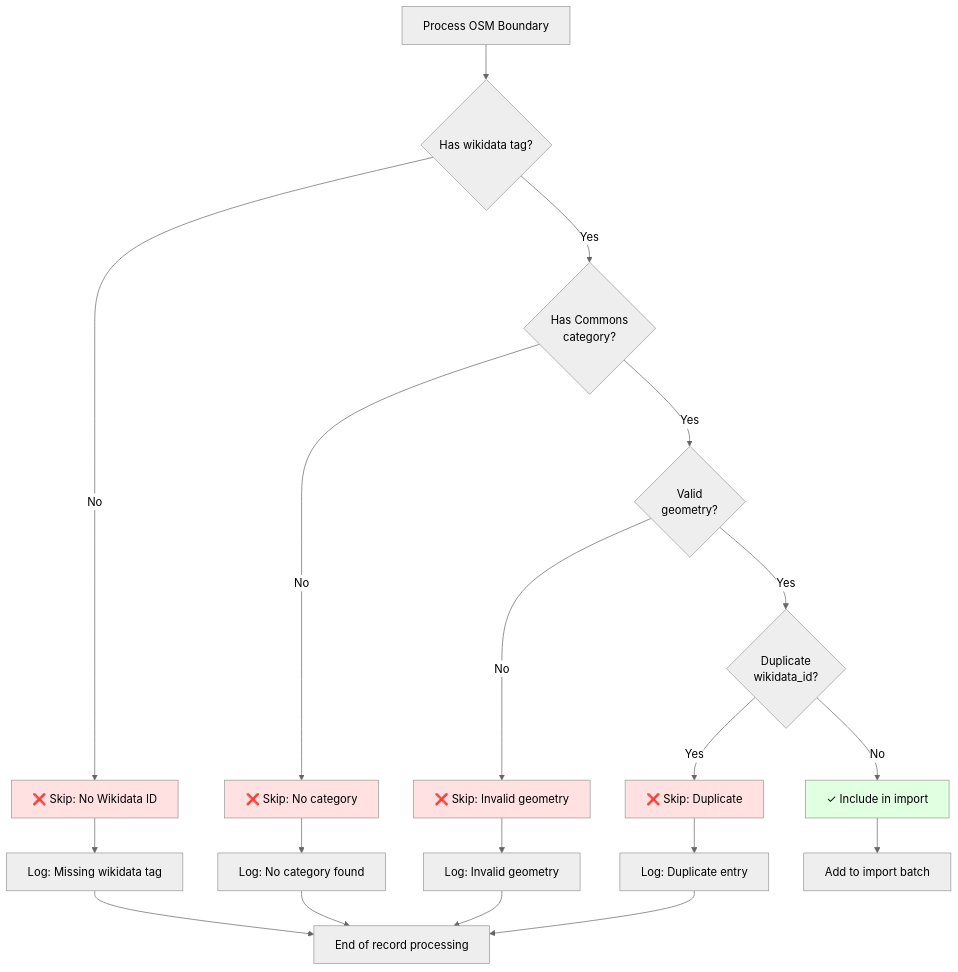
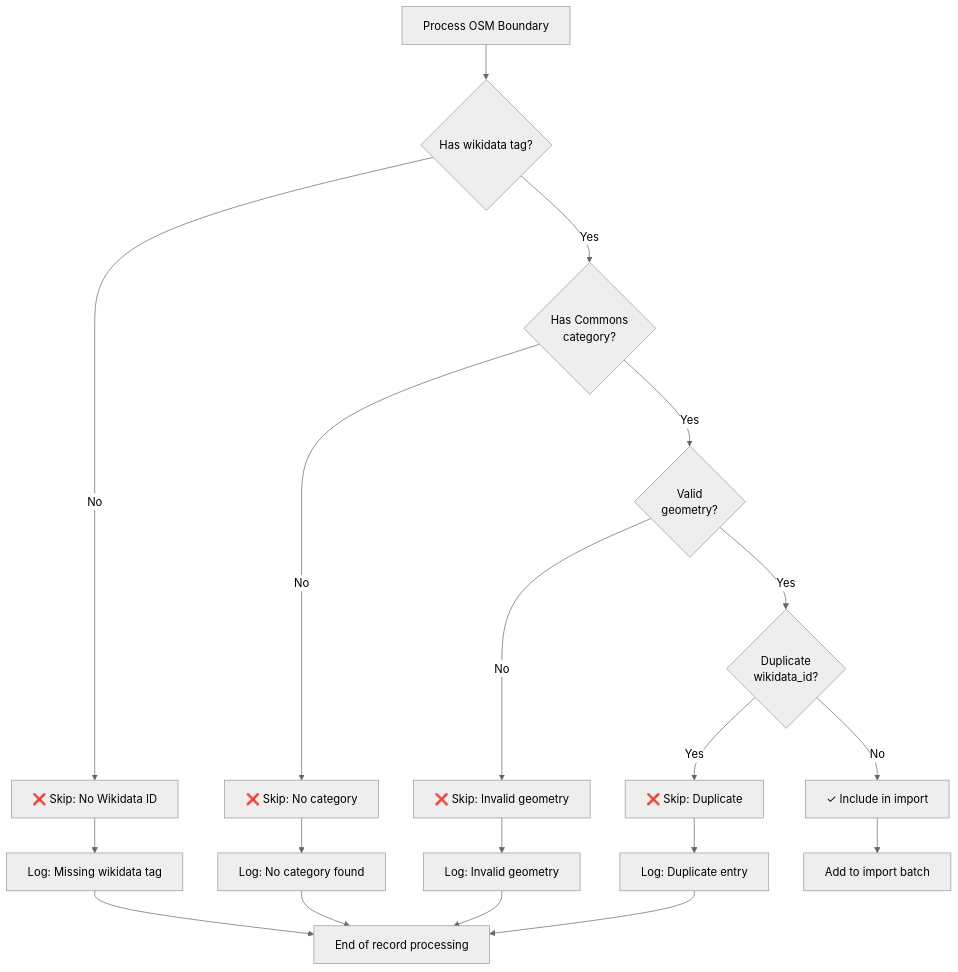
One commit to DaxServer/geocode-commons-categories changed diagram 11 of 12 in docs/import/data-flow.md. Above: the diagram before and after it, drawn with Mermaid (neutral theme). The commit also changed other lines of this file and 5 other files, not shown here.

````diff
--- a/docs/import/data-flow.md
+++ b/docs/import/data-flow.md
@@ -608,34 +601,29 @@
 ```mermaid
 graph TD
     START[Process OSM Boundary] --> CHECK_WD{Has wikidata tag?}
 
     CHECK_WD -->|No| SKIP1[❌ Skip: No Wikidata ID]
     CHECK_WD -->|Yes| CHECK_CAT{Has Commons<br/>category?}
 
     CHECK_CAT -->|No| SKIP2[❌ Skip: No category]
     CHECK_CAT -->|Yes| CHECK_GEOM{Valid<br/>geometry?}
 
     CHECK_GEOM -->|No| SKIP3[❌ Skip: Invalid geometry]
     CHECK_GEOM -->|Yes| CHECK_DUP{Duplicate<br/>wikidata_id?}
 
     CHECK_DUP -->|Yes| SKIP4[❌ Skip: Duplicate]
     CHECK_DUP -->|No| SUCCESS[✓ Include in import]
 
     SKIP1 --> LOG1[Log: Missing wikidata tag]
     SKIP2 --> LOG2[Log: No category found]
     SKIP3 --> LOG3[Log: Invalid geometry]
     SKIP4 --> LOG4[Log: Duplicate entry]
 
     LOG1 --> END[End of record processing]
     LOG2 --> END
     LOG3 --> END
     LOG4 --> END
 
     SUCCESS --> IMPORT[Add to import batch]
 
-    style SUCCESS fill:#e1ffe1
-    style SKIP1 fill:#ffe1e1
-    style SKIP2 fill:#ffe1e1
-    style SKIP3 fill:#ffe1e1
-    style SKIP4 fill:#ffe1e1
 ```
````
